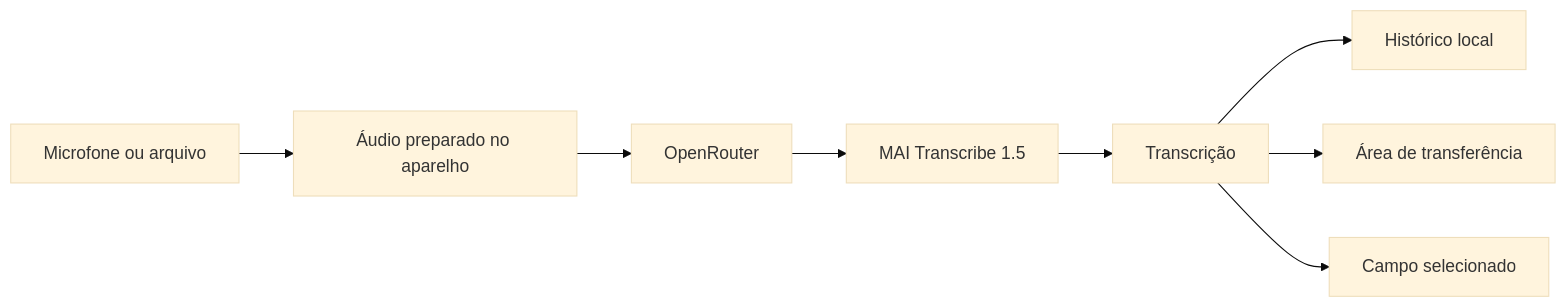
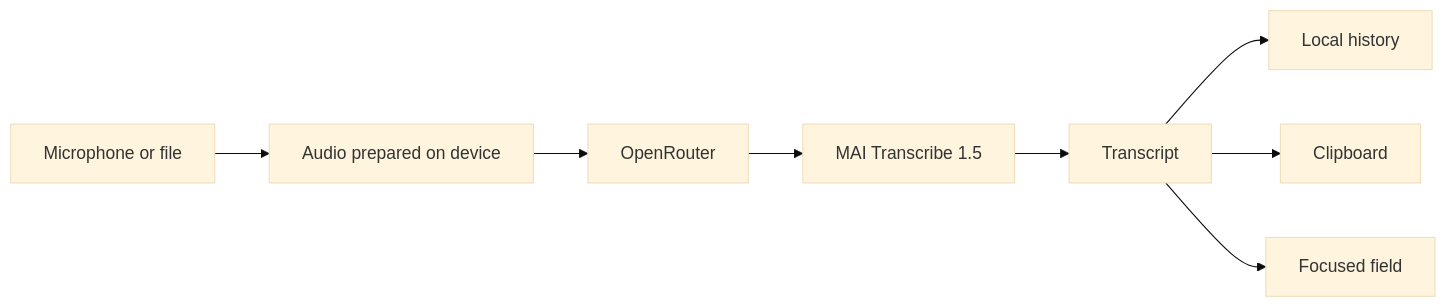
Before and after one commit to MusicMaster4/OpenFlow-Mobile: the diagram in README.md, drawn with Mermaid (base theme). The commit also changed other lines of this file, not shown here.

````diff
--- a/README.md
+++ b/README.md
@@ -40,10 +40,10 @@
 ```mermaid
 flowchart LR
-    A[Microfone ou arquivo] --> B[Áudio preparado no aparelho]
+    A[Microphone or file] --> B[Audio prepared on device]
     B --> C[OpenRouter]
     C --> D[MAI Transcribe 1.5]
-    D --> E[Transcrição]
-    E --> F[Histórico local]
-    E --> G[Área de transferência]
-    E --> H[Campo selecionado]
+    D --> E[Transcript]
+    E --> F[Local history]
+    E --> G[Clipboard]
+    E --> H[Focused field]
 ```
````
